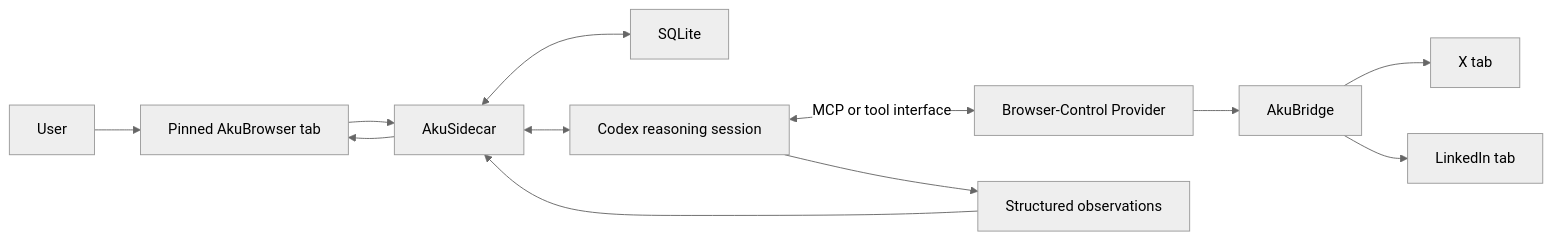
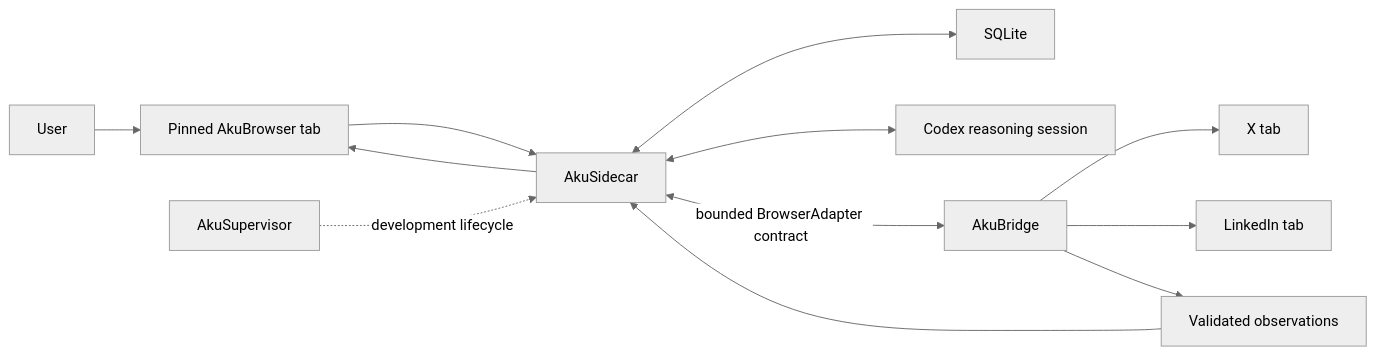
One commit to abangkis/AkuBrowser changed the first of 3 diagrams in docs/aku-browser-architecture.md. Above: the diagram before and after it, drawn with Mermaid (neutral theme). The commit also changed other lines of this file and 9 other files, not shown here.

````diff
--- a/docs/aku-browser-architecture.md
+++ b/docs/aku-browser-architecture.md
@@ -101,14 +110,14 @@
 ```mermaid
 flowchart LR
     U["User"] --> T["Pinned AkuBrowser tab"]
     T --> S["AkuSidecar"]
     S <--> DB["SQLite"]
     S <--> C["Codex reasoning session"]
-    C <-->|"MCP or tool interface"| B["Browser-Control Provider"]
-    B --> E["AkuBridge"]
+    S <-->|"bounded BrowserAdapter contract"| E["AkuBridge"]
     E --> X["X tab"]
     E --> L["LinkedIn tab"]
-    C --> O["Structured observations"]
+    E --> O["Validated observations"]
     O --> S
     S --> T
+    V["AkuSupervisor"] -. "development lifecycle" .-> S
 ```
````
